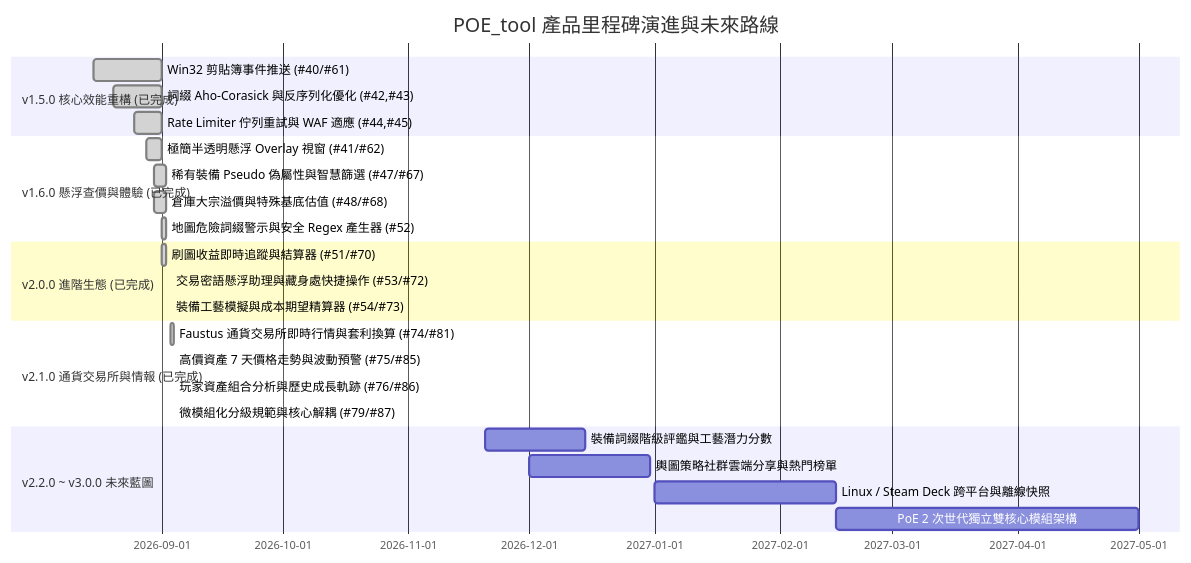
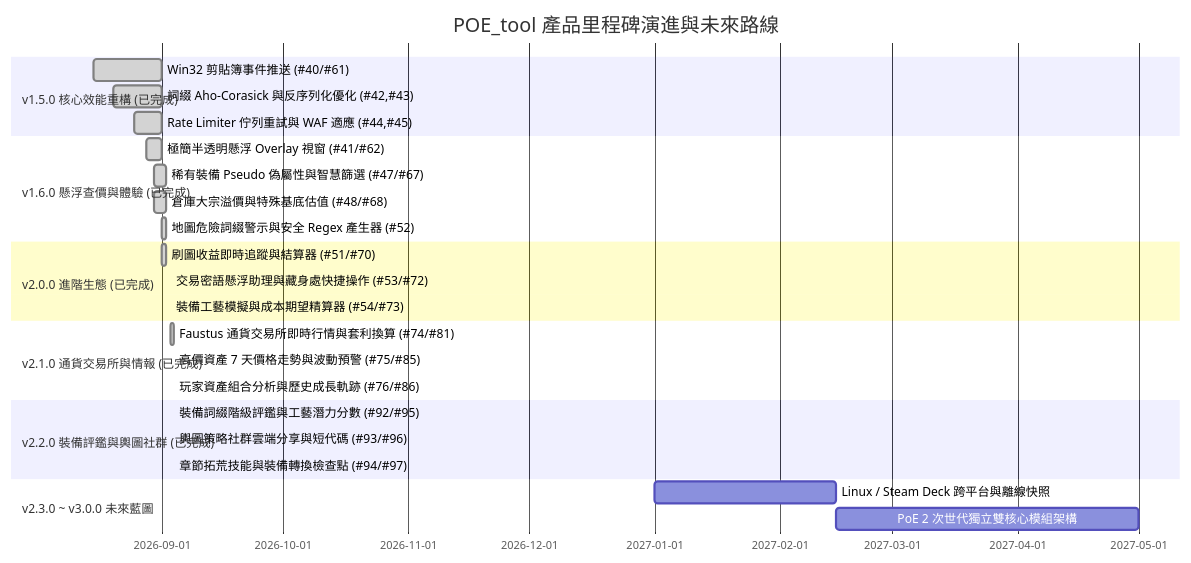
The diagram in ROADMAP.md (saijo0404/POE-tool), drawn with Mermaid before and after one commit. The commit also changed other lines of this file and 4 other files, not shown here.

````diff
--- a/ROADMAP.md
+++ b/ROADMAP.md
@@ -49,28 +49,29 @@
 ```mermaid
 gantt
     title POE_tool 產品里程碑演進與未來路線
     dateFormat  YYYY-MM-DD
     section v1.5.0 核心效能重構 (已完成)
     Win32 剪貼簿事件推送 (#40/#61)           :done,    m1_1, 2026-08-15, 2026-09-01
     詞綴 Aho-Corasick 與反序列化優化 (#42,#43) :done,    m1_2, 2026-08-20, 2026-09-01
     Rate Limiter 佇列重試與 WAF 適應 (#44,#45)  :done,    m1_3, 2026-08-25, 2026-09-01
     section v1.6.0 懸浮查價與體驗 (已完成)
     極簡半透明懸浮 Overlay 視窗 (#41/#62)     :done,    m2_1, 2026-08-28, 2026-09-01
     稀有裝備 Pseudo 偽屬性與智慧篩選 (#47/#67) :done,    m2_2, 2026-08-30, 2026-09-02
     倉庫大宗溢價與特殊基底估值 (#48/#68)      :done,    m2_3, 2026-08-30, 2026-09-02
     地圖危險詞綴警示與安全 Regex 產生器 (#52)  :done,    m2_4, 2026-09-01, 2026-09-02
     section v2.0.0 進階生態 (已完成)
     刷圖收益即時追蹤與結算器 (#51/#70)        :done,    m3_1, 2026-09-01, 2026-09-02
     交易密語懸浮助理與藏身處快捷操作 (#53/#72) :done,    m3_2, 2026-09-03, 2026-09-03
     裝備工藝模擬與成本期望精算器 (#54/#73)     :done,    m3_3, 2026-09-03, 2026-09-03
     section v2.1.0 通貨交易所與情報 (已完成)
     Faustus 通貨交易所即時行情與套利換算 (#74/#81) :done,    m4_1, 2026-09-03, 2026-09-04
     高價資產 7 天價格走勢與波動預警 (#75/#85)     :done,    m4_2, 2026-09-04, 2026-09-04
     玩家資產組合分析與歷史成長軌跡 (#76/#86)       :done,    m4_3, 2026-09-04, 2026-09-04
-    微模組化分級規範與核心解耦 (#79/#87)          :done,    m4_4, 2026-09-04, 2026-09-04
-    section v2.2.0 ~ v3.0.0 未來藍圖
-    裝備詞綴階級評鑑與工藝潛力分數           :         m5_1, 2026-11-20, 2026-12-15
-    輿圖策略社群雲端分享與熱門榜單           :         m5_2, 2026-12-01, 2026-12-31
+    section v2.2.0 裝備評鑑與輿圖社群 (已完成)
+    裝備詞綴階級評鑑與工藝潛力分數 (#92/#95)     :done,    m5_1, 2026-09-04, 2026-09-04
+    輿圖策略社群雲端分享與短代碼 (#93/#96)       :done,    m5_2, 2026-09-04, 2026-09-04
+    章節拓荒技能與裝備轉換檢查點 (#94/#97)       :done,    m5_3, 2026-09-04, 2026-09-04
+    section v2.3.0 ~ v3.0.0 未來藍圖
     Linux / Steam Deck 跨平台與離線快照      :         m6_1, 2027-01-01, 2027-02-15
     PoE 2 次世代獨立雙核心模組架構           :         m7_1, 2027-02-15, 2027-05-01
 ```
````
